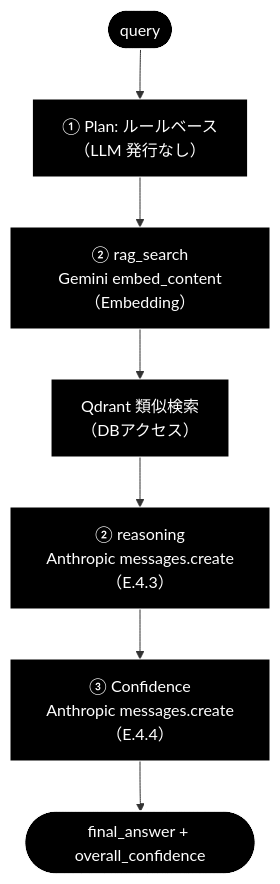
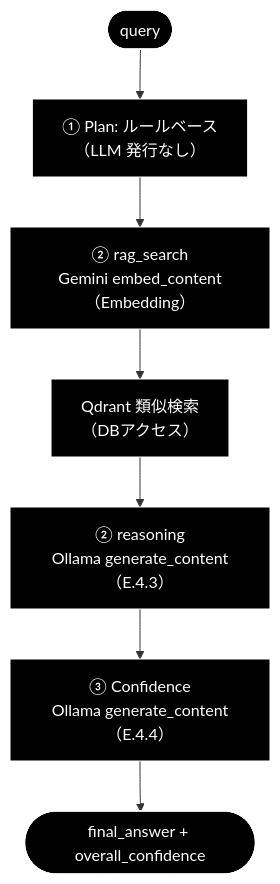
Before and after one commit to nakashima2toshio/grace_v2_local: the fourth of 4 diagrams in grace/docs/grace_core_flow.md, drawn with Mermaid. The commit also changed other lines of this file and 4 other files, not shown here.

````diff
--- a/grace/docs/grace_core_flow.md
+++ b/grace/docs/grace_core_flow.md
@@ -731,14 +803,14 @@
 ```mermaid
 flowchart TB
     Q(["query"])
     PLAN["① Plan: ルールベース<br>（LLM 発行なし）"]
     EMB["② rag_search<br>Gemini embed_content（Embedding）"]
     QD["Qdrant 類似検索<br>（DBアクセス）"]
-    REA["② reasoning<br>Anthropic messages.create（E.4.3）"]
-    CONF["③ Confidence<br>Anthropic messages.create（E.4.4）"]
+    REA["② reasoning<br>Ollama generate_content（E.4.3）"]
+    CONF["③ Confidence<br>Ollama generate_content（E.4.4）"]
     OUT(["final_answer + overall_confidence"])
 
     Q --> PLAN --> EMB --> QD --> REA --> CONF --> OUT
 classDef default fill:#000,stroke:#fff,color:#fff
 class Q,PLAN,EMB,QD,REA,CONF,OUT default
 ```
````
